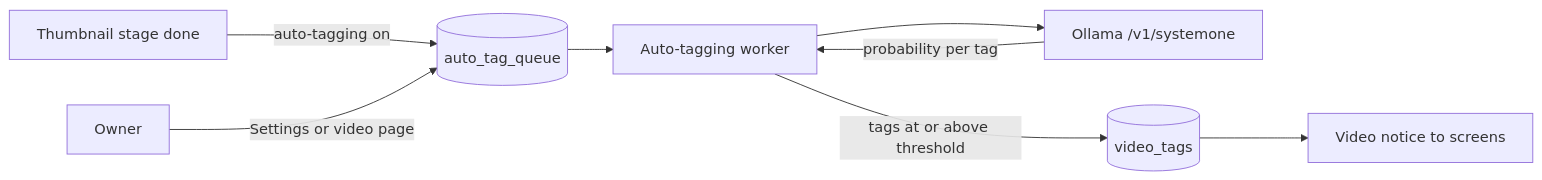
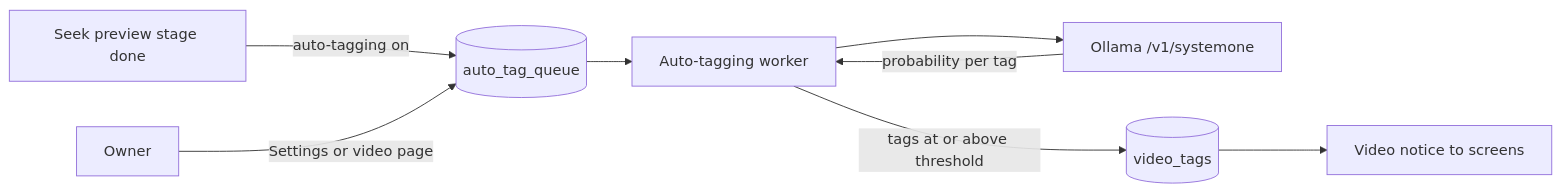
The first of 2 diagrams in docs/design-docs/auto-tagging.md (syudead/vv), drawn with Mermaid before and after one commit. The commit also changed other lines of this file and 12 other files, not shown here.

First line of the commit message:
Judge auto-tags from frames across the video, not one thumbnail

````diff
--- a/docs/design-docs/auto-tagging.md
+++ b/docs/design-docs/auto-tagging.md
@@ -13,10 +13,10 @@
 ```mermaid
 flowchart LR
-  thumb[Thumbnail stage done] -->|auto-tagging on| queue[(auto_tag_queue)]
+  seek[Seek preview stage done] -->|auto-tagging on| queue[(auto_tag_queue)]
   owner[Owner] -->|Settings or video page| queue
   queue --> worker[Auto-tagging worker]
   worker --> clef[Ollama /v1/systemone]
   clef -->|probability per tag| worker
   worker -->|tags at or above threshold| tags[(video_tags)]
   tags --> screen[Video notice to screens]
 ```
````
